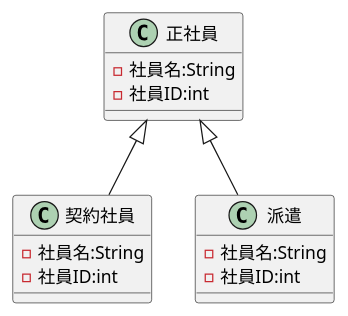
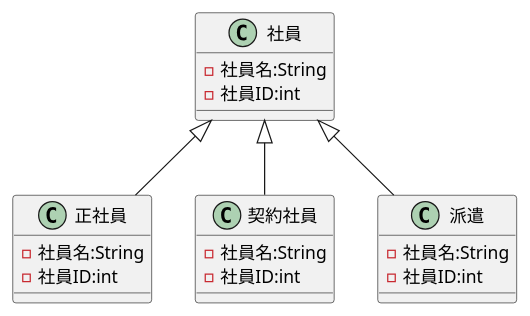
One commit to moppechan/uml_introduction changed the diagram in 演習3-1_CL_雇用形態.pu. Above: the diagram before and after it, drawn with PlantUML. The commit also changed 3 other files, not shown here.

```diff
--- a/演習3-1_CL_雇用形態.pu
+++ b/演習3-1_CL_雇用形態.pu
@@ -1,17 +1,22 @@
 @startuml クラス図
+class 社員{
+- 社員名:String
+- 社員ID:int   
+}
 class 正社員{
 - 社員名:String
 - 社員ID:int
 }
 class 契約社員{
 - 社員名:String
 - 社員ID:int
 }
 class 派遣{
 - 社員名:String
 - 社員ID:int
 }
 
-正社員 <|-down- 契約社員
-正社員 <|-down- 派遣
+社員 <|-down- 正社員
+社員 <|-down- 契約社員
+社員 <|-down- 派遣
 @enduml
```
